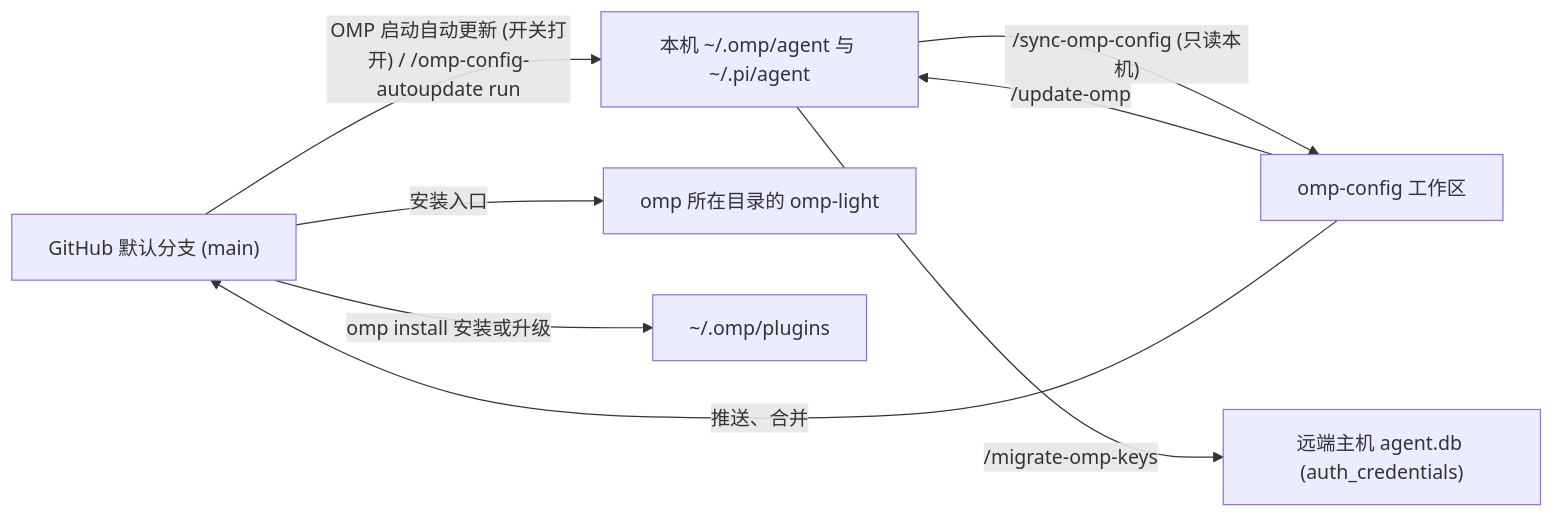
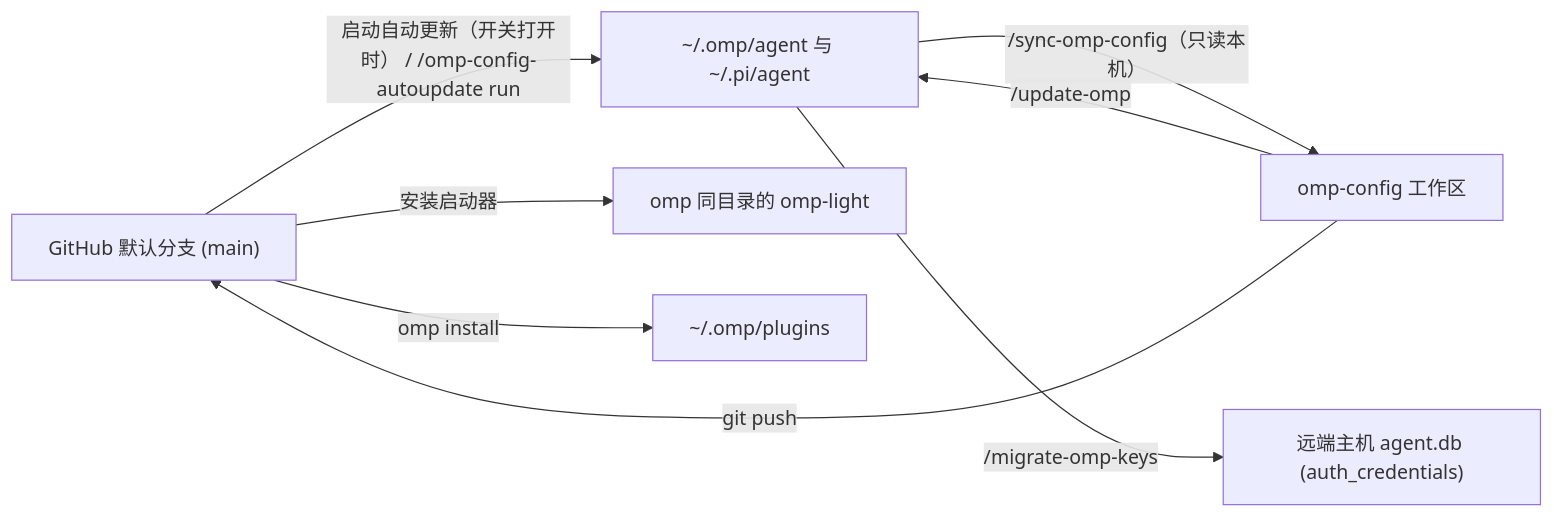
Before and after one commit to oh-my-omp/omp-config: the diagram in docs/operations.zh-CN.md, drawn with Mermaid. The commit also changed other lines of this file and 13 other files, not shown here.

````diff
--- a/docs/operations.zh-CN.md
+++ b/docs/operations.zh-CN.md
@@ -5,10 +5,10 @@
 ```mermaid
 flowchart LR
-  gh["GitHub 默认分支 (main)"] -->|"OMP 启动自动更新 (开关打开) / /omp-config-autoupdate run"| local["本机 ~/.omp/agent 与 ~/.pi/agent"]
+  gh["GitHub 默认分支 (main)"] -->|"启动自动更新（开关打开时） / /omp-config-autoupdate run"| local["~/.omp/agent 与 ~/.pi/agent"]
   repo["omp-config 工作区"] -->|"/update-omp"| local
-  local -->|"/sync-omp-config (只读本机)"| repo
-  repo -->|"推送、合并"| gh
-  gh -->|"安装入口"| light["omp 所在目录的 omp-light"]
-  gh -->|"omp install 安装或升级"| plugins["~/.omp/plugins"]
+  local -->|"/sync-omp-config（只读本机）"| repo
+  repo -->|"git push"| gh
+  gh -->|"安装启动器"| light["omp 同目录的 omp-light"]
+  gh -->|"omp install"| plugins["~/.omp/plugins"]
   local -->|"/migrate-omp-keys"| remote["远端主机 agent.db (auth_credentials)"]
 ```
````
